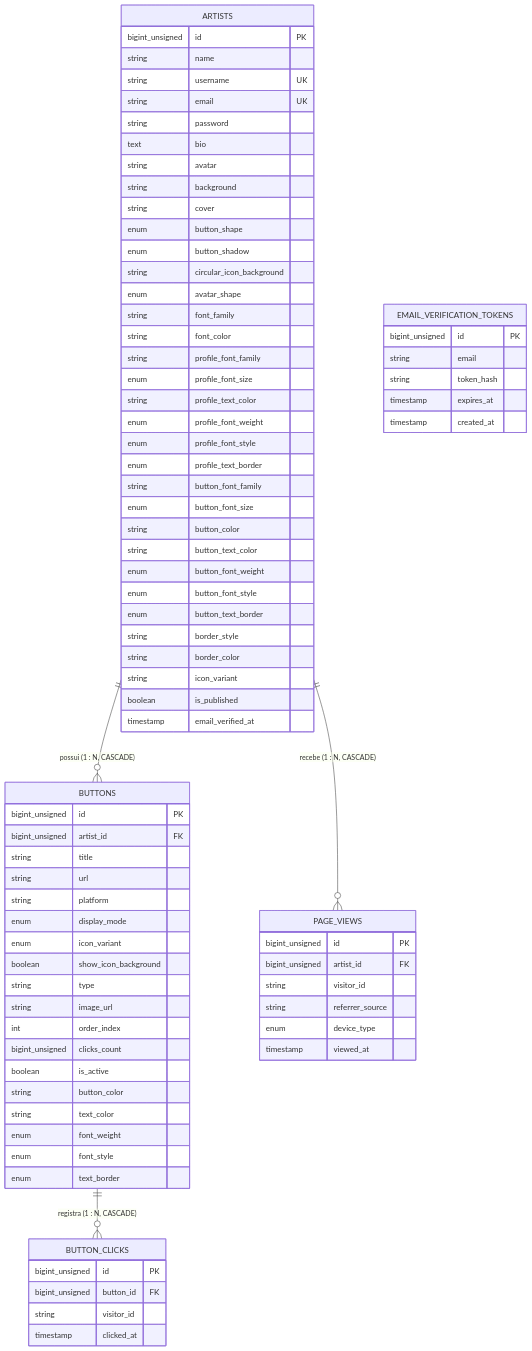
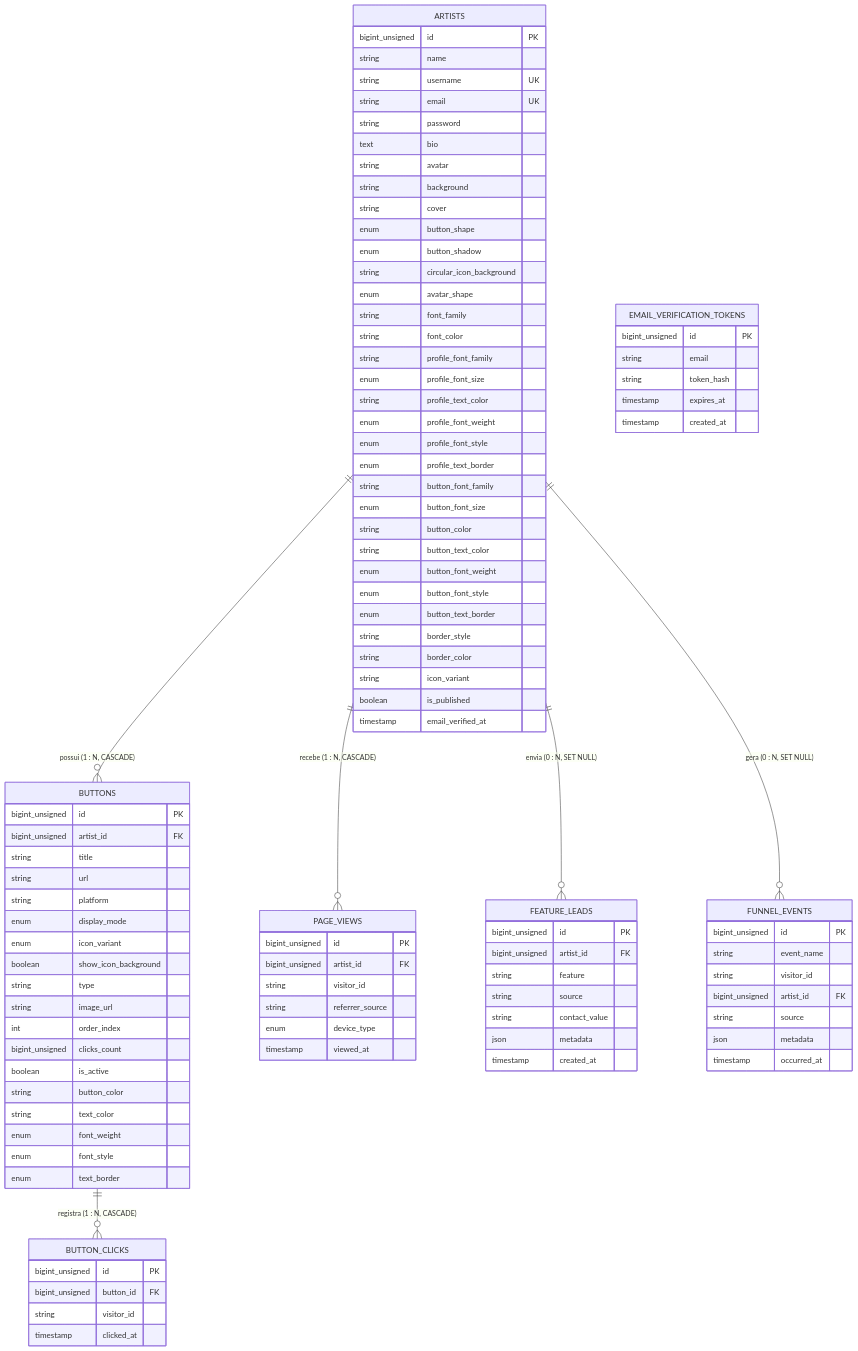
The diagram in context/api_contracts.md (pinhogo/assinart_v1-back), drawn with Mermaid before and after one commit. The commit also changed other lines of this file and 1 other file, not shown here.

Commit message:
docs(API-25/API-26): document feature_leads, funnel_events and track funnel variant

```diff
--- a/context/api_contracts.md
+++ b/context/api_contracts.md
@@ -590,7 +673,29 @@
 erDiagram
     ARTISTS ||--o{ BUTTONS : "possui (1 : N, CASCADE)"
     ARTISTS ||--o{ PAGE_VIEWS : "recebe (1 : N, CASCADE)"
+    ARTISTS ||--o{ FEATURE_LEADS : "envia (0 : N, SET NULL)"
+    ARTISTS ||--o{ FUNNEL_EVENTS : "gera (0 : N, SET NULL)"
     BUTTONS ||--o{ BUTTON_CLICKS : "registra (1 : N, CASCADE)"
+
+    FEATURE_LEADS {
+        bigint_unsigned id PK
+        bigint_unsigned artist_id FK
+        string feature
+        string source
+        string contact_value
+        json metadata
+        timestamp created_at
+    }
+
+    FUNNEL_EVENTS {
+        bigint_unsigned id PK
+        string event_name
+        string visitor_id
+        bigint_unsigned artist_id FK
+        string source
+        json metadata
+        timestamp occurred_at
+    }
 
     PAGE_VIEWS {
         bigint_unsigned id PK
```
